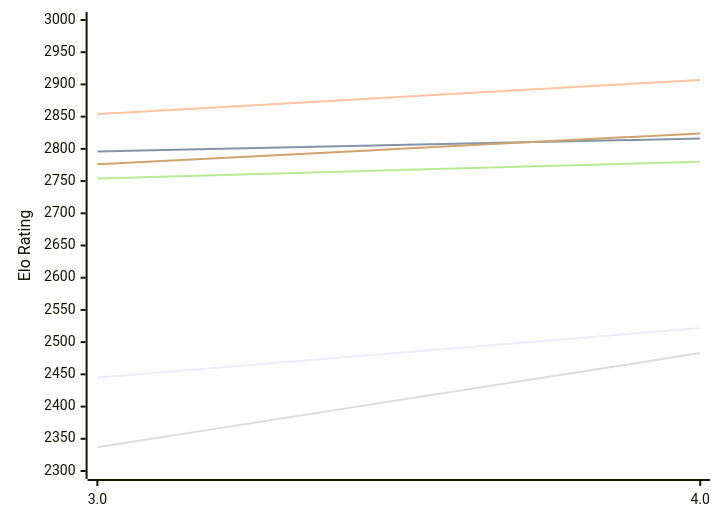
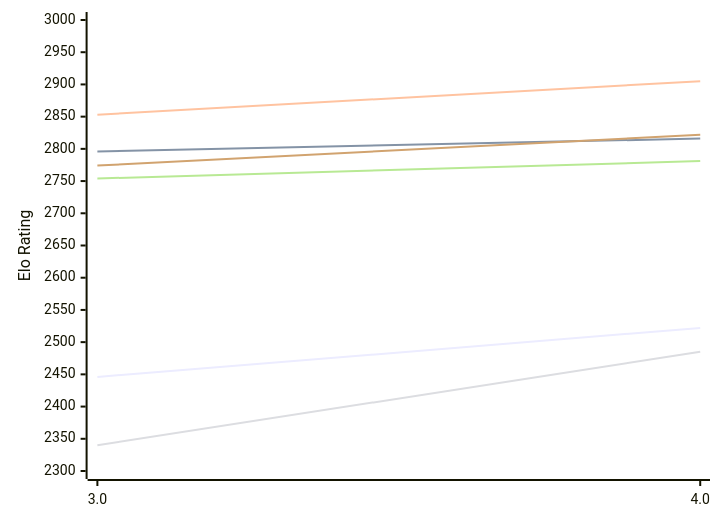
One commit to computer-chess-index/cci changed the first of 2 diagrams in engines/Chess3.md. Above: the diagram before and after it, drawn with Mermaid. The commit also changed other lines of this file, not shown here.

Commit message:
Update CCI Ratings (ELO VLTC) - 2026-11-19

````diff
--- a/engines/Chess3.md
+++ b/engines/Chess3.md
@@ -50,12 +50,12 @@
 ```mermaid
 %%{init: {"theme":"base","themeVariables":{"seriesColors:['#a3a3a3','#222221','#faa371']}}}%%
 xychart-beta
   x-axis ["3.0", "4.0"]
   y-axis "Elo Rating" 2300 --> 3000
-  line "E1: STC (8.0+0.08s)" [2445, 2522]
+  line "E1: STC (8.0+0.08s)" [2446, 2522]
   line "E1: LTC (60.0+0.60s)" [2796, 2816]
-  line "E1: VLTC (2m24s+1.12s)" [2854, 2907]
-  line "P1: STC (8.0+0.08s)" [2337, 2483]
-  line "P1: LTC (60.0+0.60s)" [2754, 2780]
-  line "P1: VLTC (2m24s+1.12s)" [2776, 2824]
+  line "E1: VLTC (2m24s+1.12s)" [2853, 2905]
+  line "P1: STC (8.0+0.08s)" [2340, 2485]
+  line "P1: LTC (60.0+0.60s)" [2754, 2781]
+  line "P1: VLTC (2m24s+1.12s)" [2774, 2822]
 ```
````
